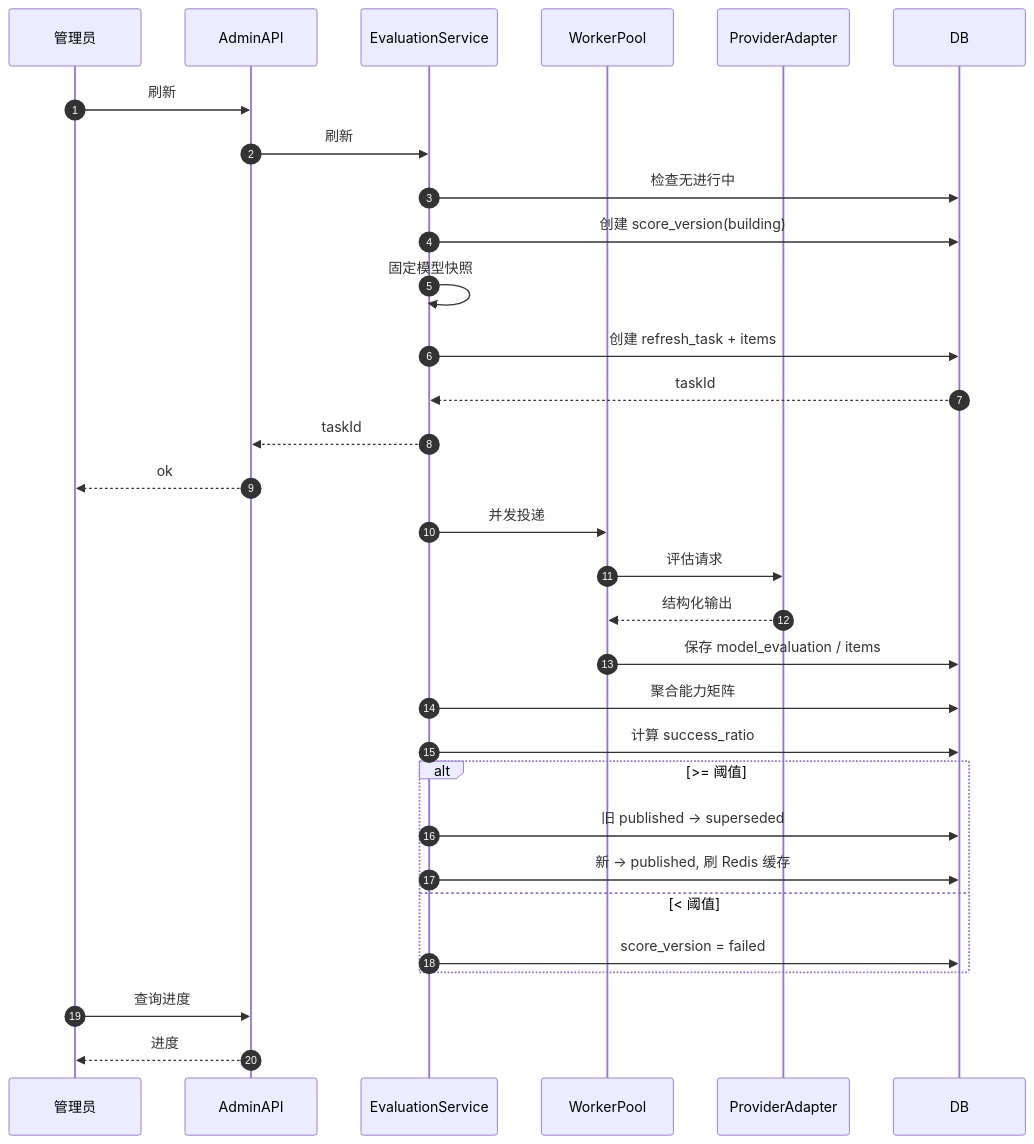
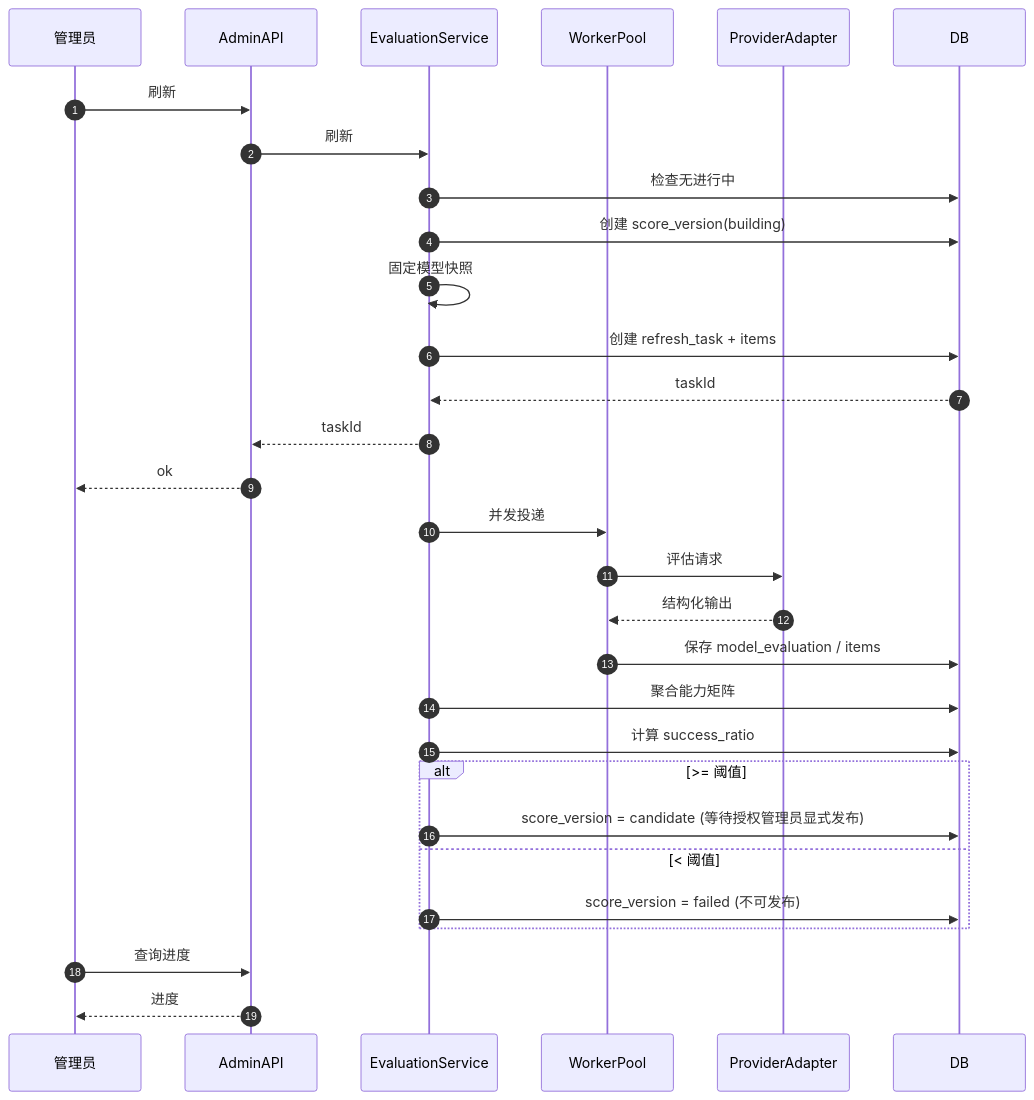
One commit to hchw/slogan changed the fourth of 10 diagrams in docs/detailed-design.md. Above: the diagram before and after it, drawn with Mermaid. The commit also changed other lines of this file and 126 other files, not shown here.

````diff
--- a/docs/detailed-design.md
+++ b/docs/detailed-design.md
@@ -1527,33 +1545,32 @@
 ```mermaid
 sequenceDiagram
     autonumber
     participant A as 管理员
     participant API as AdminAPI
     participant ES as EvaluationService
     participant W as WorkerPool
     participant P as ProviderAdapter
     participant DB as DB
     A->>API: 刷新
     API->>ES: 刷新
     ES->>DB: 检查无进行中
     ES->>DB: 创建 score_version(building)
     ES->>ES: 固定模型快照
     ES->>DB: 创建 refresh_task + items
     DB-->>ES: taskId
     ES-->>API: taskId
     API-->>A: ok
     ES->>W: 并发投递
     W->>P: 评估请求
     P-->>W: 结构化输出
     W->>DB: 保存 model_evaluation / items
     ES->>DB: 聚合能力矩阵
     ES->>DB: 计算 success_ratio
     alt >= 阈值
-        ES->>DB: 旧 published -> superseded
-        ES->>DB: 新 -> published, 刷 Redis 缓存
+        ES->>DB: score_version = candidate (等待授权管理员显式发布)
     else < 阈值
-        ES->>DB: score_version = failed
+        ES->>DB: score_version = failed (不可发布)
     end
     A->>API: 查询进度
     API-->>A: 进度
 ```
````
